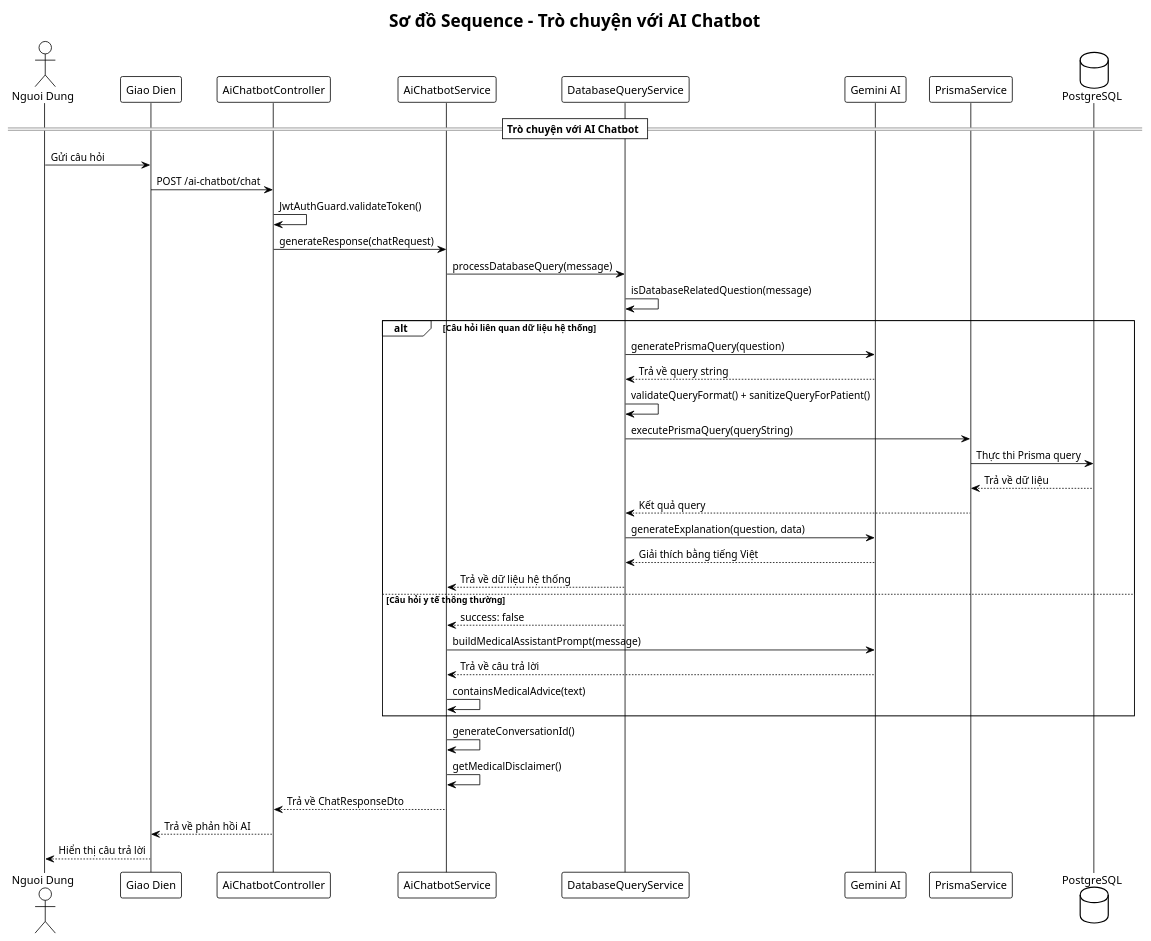
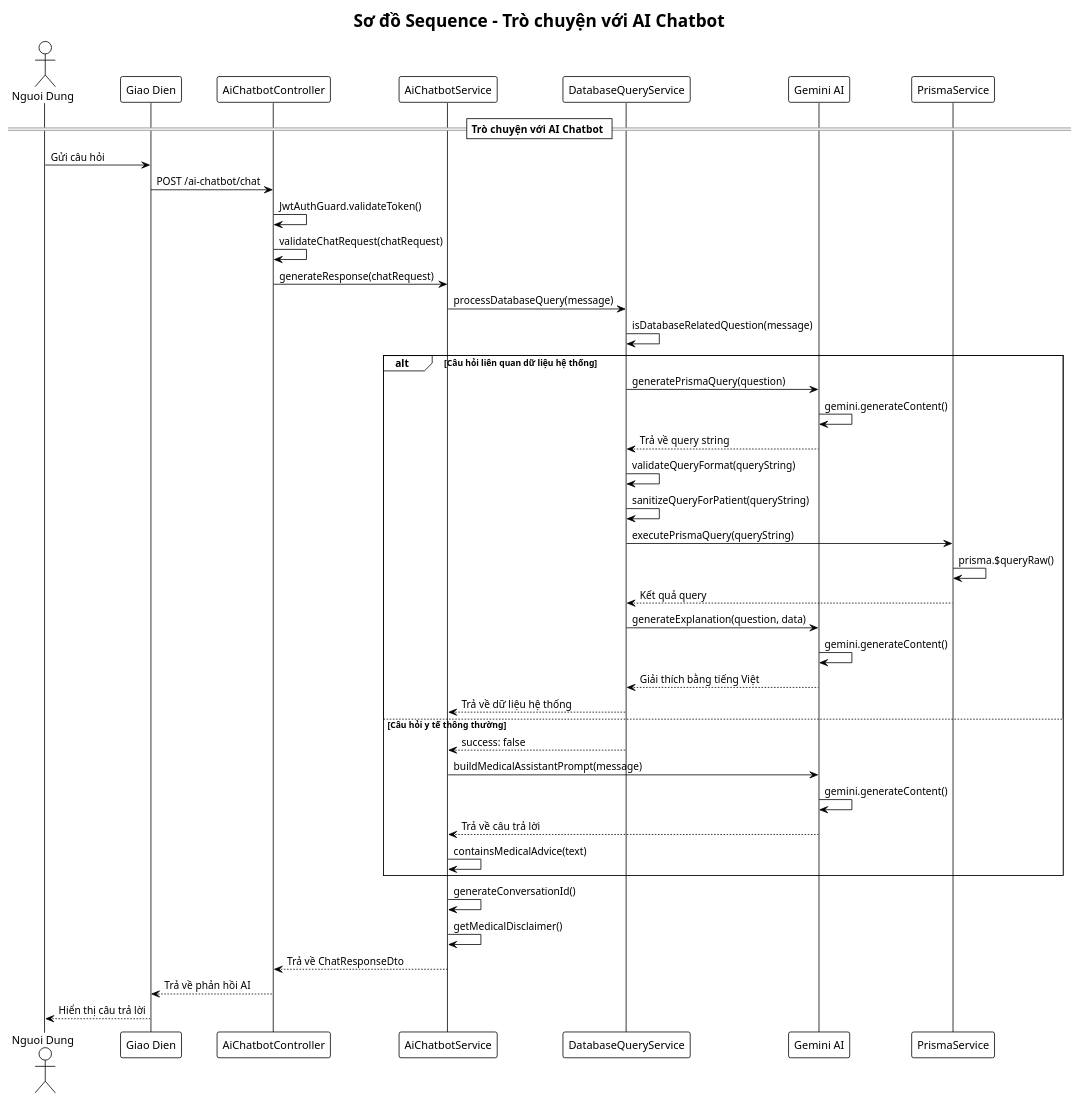
One commit to iamKhang/revita-be changed the diagram in docs/ai-chatbot-sequence.puml. Above: the diagram before and after it, drawn with PlantUML. The commit also changed 7 other files, not shown here.

Commit message:
Update sequence

```diff
--- a/docs/ai-chatbot-sequence.puml
+++ b/docs/ai-chatbot-sequence.puml
@@ -1,47 +1,50 @@
 @startuml AI Chatbot Sequence Diagram
 !theme plain
 title Sơ đồ Sequence - Trò chuyện với AI Chatbot
 
 actor "Nguoi Dung" as U
 participant "Giao Dien" as UI
 participant "AiChatbotController" as C
 participant "AiChatbotService" as ACS
 participant "DatabaseQueryService" as DQS
 participant "Gemini AI" as GAI
 participant "PrismaService" as PS
-database "PostgreSQL" as DB
 
 == Trò chuyện với AI Chatbot ==
 
 U -> UI: Gửi câu hỏi
 UI -> C: POST /ai-chatbot/chat
 C -> C: JwtAuthGuard.validateToken()
+C -> C: validateChatRequest(chatRequest)
 C -> ACS: generateResponse(chatRequest)
 
 ACS -> DQS: processDatabaseQuery(message)
 DQS -> DQS: isDatabaseRelatedQuestion(message)
 alt Câu hỏi liên quan dữ liệu hệ thống
     DQS -> GAI: generatePrismaQuery(question)
+    GAI -> GAI: gemini.generateContent()
     GAI --> DQS: Trả về query string
-    DQS -> DQS: validateQueryFormat() + sanitizeQueryForPatient()
+    DQS -> DQS: validateQueryFormat(queryString)
+    DQS -> DQS: sanitizeQueryForPatient(queryString)
     DQS -> PS: executePrismaQuery(queryString)
-    PS -> DB: Thực thi Prisma query
-    DB --> PS: Trả về dữ liệu
+    PS -> PS: prisma.$queryRaw()
     PS --> DQS: Kết quả query
     DQS -> GAI: generateExplanation(question, data)
+    GAI -> GAI: gemini.generateContent()
     GAI --> DQS: Giải thích bằng tiếng Việt
     DQS --> ACS: Trả về dữ liệu hệ thống
 else Câu hỏi y tế thông thường
     DQS --> ACS: success: false
     ACS -> GAI: buildMedicalAssistantPrompt(message)
+    GAI -> GAI: gemini.generateContent()
     GAI --> ACS: Trả về câu trả lời
     ACS -> ACS: containsMedicalAdvice(text)
 end
 
 ACS -> ACS: generateConversationId()
 ACS -> ACS: getMedicalDisclaimer()
 ACS --> C: Trả về ChatResponseDto
 C --> UI: Trả về phản hồi AI
 UI --> U: Hiển thị câu trả lời
 
 @enduml
```
